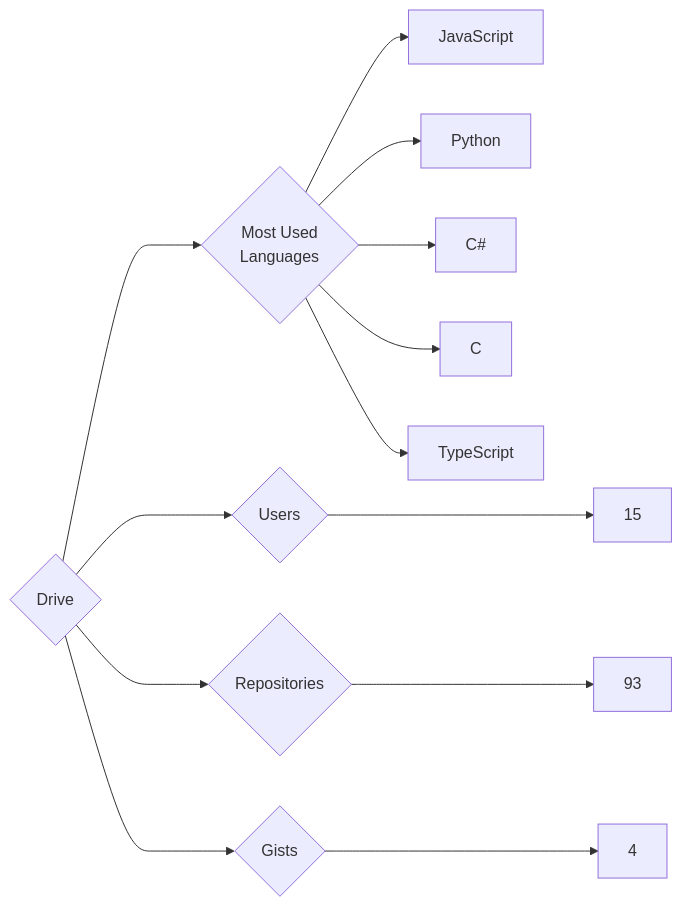
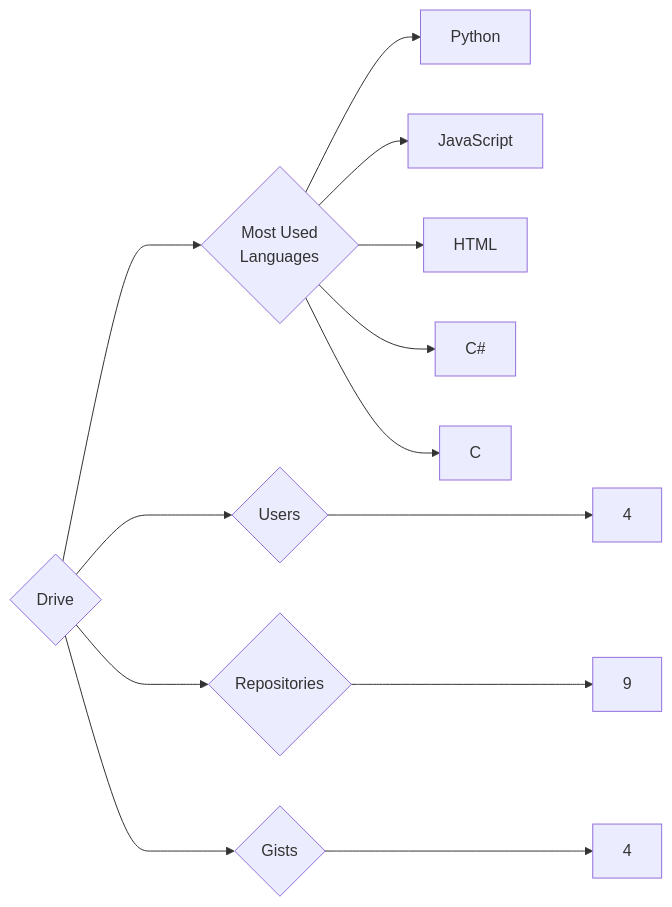
One commit to trickest/insiders changed the diagram in targets/Drive/README.md. Above: the diagram before and after it, drawn with Mermaid. The commit also changed 847 other files, not shown here.

````diff
--- a/targets/Drive/README.md
+++ b/targets/Drive/README.md
@@ -3,13 +3,13 @@
 ```mermaid
 graph LR
 COMPANY_NAME{Drive}
-COMPANY_NAME ---> U{Users} ---> UN[15]
-COMPANY_NAME ---> R{Repositories} ---> RN[93]
+COMPANY_NAME ---> U{Users} ---> UN[4]
+COMPANY_NAME ---> R{Repositories} ---> RN[9]
 COMPANY_NAME ---> G{Gists} ---> GN[4]
 COMPANY_NAME ---> ML{Most Used<br>Languages}
+ML --> Python[Python]
 ML --> JavaScript[JavaScript]
-ML --> Python[Python]
+ML --> HTML[HTML]
 ML --> C#[C#]
 ML --> C[C]
-ML --> TypeScript[TypeScript]
 ```
````
